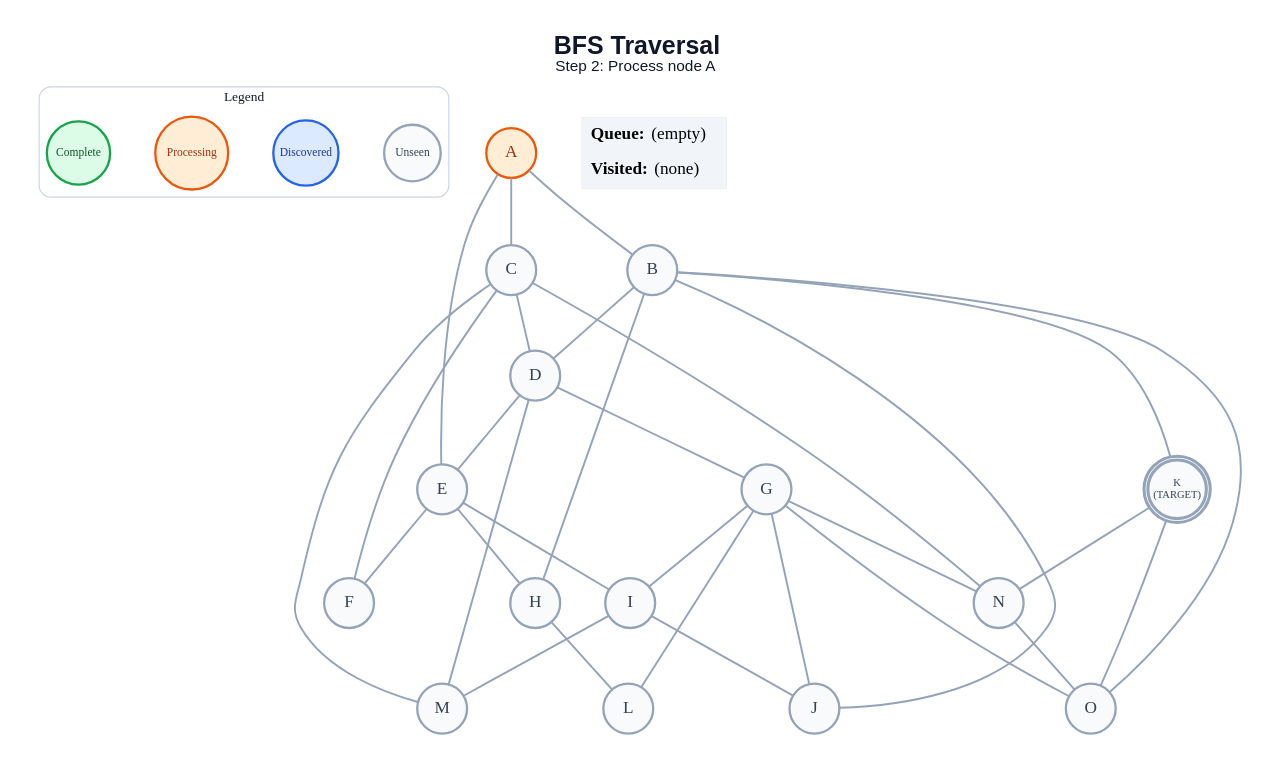
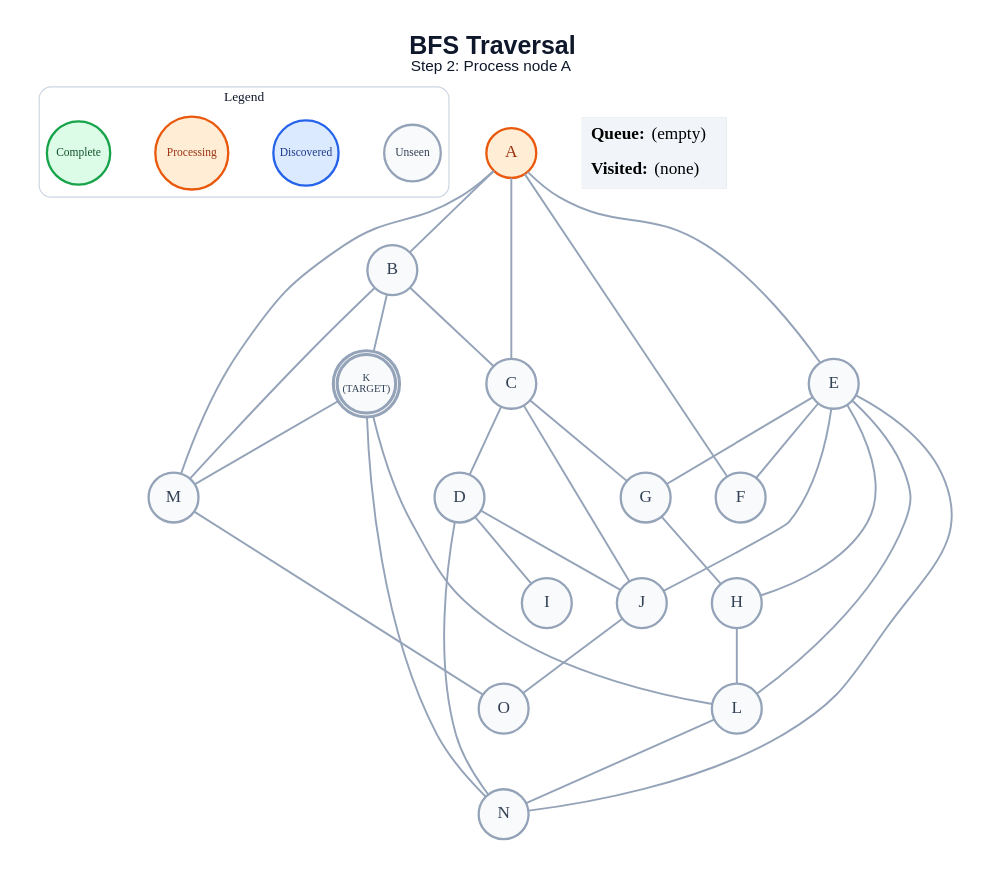
The diagram in generated/bfs/step_02.dot (anon7238593-create/ai-slop), drawn with Graphviz before and after one commit. The commit also changed 209 other files, not shown here.

```diff
--- a/generated/bfs/step_02.dot
+++ b/generated/bfs/step_02.dot
@@ -1,63 +1,62 @@
 graph traversal {
   graph [layout=dot, rankdir=TB, bgcolor="#FFFFFF", pad="0.35", nodesep="0.65", ranksep="0.8", fontname="Arial"];
   node [shape=circle, style="filled", fontname="Arial Bold", fontsize=18, width=0.72, fixedsize=true, penwidth=2.4];
   edge [color="#94A3B8", penwidth=2.0];
   label=<<B>BFS Traversal</B><BR/><FONT POINT-SIZE="16">Step 2: Process node A</FONT>>; labelloc="t"; fontsize=26; fontname="Arial"; fontcolor="#0F172A";
   subgraph cluster_legend { label="Legend"; color="#CBD5E1"; penwidth=1.2; style="rounded"; fontsize=14; fontname="Arial Bold";
     key_unseen [label="Unseen", fillcolor="#F8FAFC", color="#94A3B8", fontcolor="#334155", fontsize=12, width=0.82];
     key_frontier [label="Discovered", fillcolor="#DBEAFE", color="#2563EB", fontcolor="#1E3A8A", fontsize=12, width=0.95];
     key_current [label="Processing", fillcolor="#FFEDD5", color="#EA580C", fontcolor="#9A3412", fontsize=12, width=1.05];
     key_done [label="Complete", fillcolor="#DCFCE7", color="#16A34A", fontcolor="#14532D", fontsize=12, width=0.92];
     { rank=same; key_unseen; key_frontier; key_current; key_done; }
   }
   A [label="A", fillcolor="#FFEDD5", color="#EA580C", fontcolor="#9A3412", peripheries=1, penwidth=2.4];
   B [label="B", fillcolor="#F8FAFC", color="#94A3B8", fontcolor="#334155", peripheries=1, penwidth=2.4];
   C [label="C", fillcolor="#F8FAFC", color="#94A3B8", fontcolor="#334155", peripheries=1, penwidth=2.4];
   D [label="D", fillcolor="#F8FAFC", color="#94A3B8", fontcolor="#334155", peripheries=1, penwidth=2.4];
   E [label="E", fillcolor="#F8FAFC", color="#94A3B8", fontcolor="#334155", peripheries=1, penwidth=2.4];
   F [label="F", fillcolor="#F8FAFC", color="#94A3B8", fontcolor="#334155", peripheries=1, penwidth=2.4];
   G [label="G", fillcolor="#F8FAFC", color="#94A3B8", fontcolor="#334155", peripheries=1, penwidth=2.4];
   H [label="H", fillcolor="#F8FAFC", color="#94A3B8", fontcolor="#334155", peripheries=1, penwidth=2.4];
   I [label="I", fillcolor="#F8FAFC", color="#94A3B8", fontcolor="#334155", peripheries=1, penwidth=2.4];
   J [label="J", fillcolor="#F8FAFC", color="#94A3B8", fontcolor="#334155", peripheries=1, penwidth=2.4];
   K [label="K\n(TARGET)", fillcolor="#F8FAFC", color="#94A3B8", fontcolor="#334155", peripheries=2, penwidth=3.2, fontsize=11, width=0.85, height=0.85];
   L [label="L", fillcolor="#F8FAFC", color="#94A3B8", fontcolor="#334155", peripheries=1, penwidth=2.4];
   M [label="M", fillcolor="#F8FAFC", color="#94A3B8", fontcolor="#334155", peripheries=1, penwidth=2.4];
   N [label="N", fillcolor="#F8FAFC", color="#94A3B8", fontcolor="#334155", peripheries=1, penwidth=2.4];
   O [label="O", fillcolor="#F8FAFC", color="#94A3B8", fontcolor="#334155", peripheries=1, penwidth=2.4];
   A -- B;
   A -- C;
   A -- E;
-  B -- D;
-  B -- H;
-  B -- J;
+  A -- F;
+  A -- M;
+  B -- C;
   B -- K;
-  B -- O;
+  B -- M;
   C -- D;
-  C -- F;
-  C -- M;
-  C -- N;
-  D -- E;
-  D -- G;
-  D -- M;
+  C -- G;
+  C -- J;
+  D -- I;
+  D -- J;
+  D -- N;
   E -- F;
+  E -- G;
   E -- H;
-  E -- I;
-  G -- I;
-  G -- J;
-  G -- L;
-  G -- N;
-  G -- O;
+  E -- J;
+  E -- L;
+  E -- N;
+  G -- H;
   H -- L;
-  I -- J;
-  I -- M;
+  J -- O;
+  K -- L;
+  K -- M;
   K -- N;
-  K -- O;
-  N -- O;
+  L -- N;
+  M -- O;
   status [shape=plain, fixedsize=false, width=0, height=0, margin=0, label=<
     <TABLE BORDER="0" CELLBORDER="0" CELLPADDING="7" BGCOLOR="#F1F5F9">
       <TR><TD ALIGN="LEFT"><B>Queue:</B> (empty)</TD></TR>
       <TR><TD ALIGN="LEFT"><B>Visited:</B> (none)</TD></TR>
     </TABLE>
   >];
 }
```
